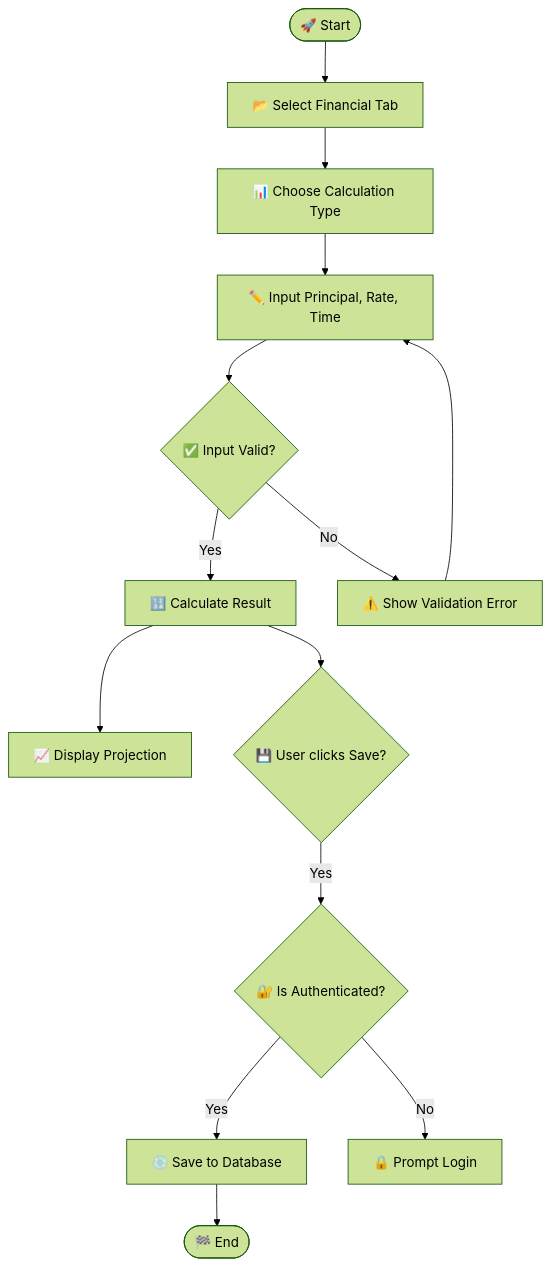
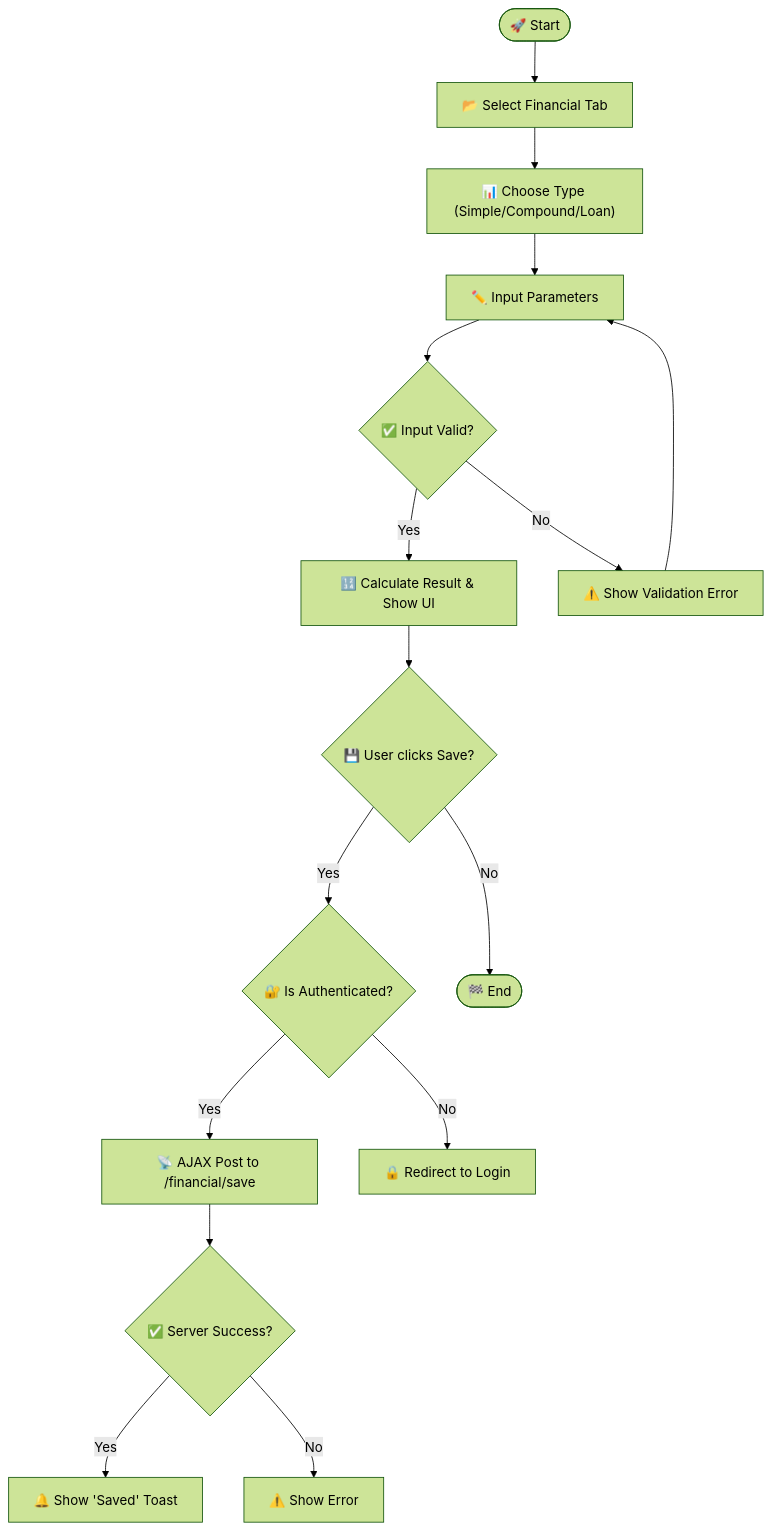
The second of 4 diagrams in README.md (falcon-ioi/Caclcon), drawn with Mermaid (forest theme) before and after one commit. The commit also changed other lines of this file, not shown here.

Commit message:
Docs: Update UML diagrams (Use Case, Activity, Sequence, ERD) to match system implementation

````diff
--- a/README.md
+++ b/README.md
@@ -107,19 +113,22 @@
 ```mermaid
 flowchart TD
     A(["🚀 Start"]) --> B["📂 Select Financial Tab"]
-    B --> C["📊 Choose Calculation Type"]
-    C --> D["✏️ Input Principal, Rate, Time"]
+    B --> C["📊 Choose Type (Simple/Compound/Loan)"]
+    C --> D["✏️ Input Parameters"]
     D --> E{"✅ Input Valid?"}
     
-    E -->|Yes| F["🔢 Calculate Result"]
-    F --> G["📈 Display Projection"]
-    F --> H{"💾 User clicks Save?"}
+    E -->|Yes| F["🔢 Calculate Result & Show UI"]
+    F --> G{"💾 User clicks Save?"}
     
-    H -->|Yes| I{"🔐 Is Authenticated?"}
-    I -->|Yes| J["💿 Save to Database"]
-    I -->|No| K["🔒 Prompt Login"]
+    G -->|Yes| H{"🔐 Is Authenticated?"}
+    H -->|Yes| I["📡 AJAX Post to /financial/save"]
+    I --> J{"✅ Server Success?"}
+    J -->|Yes| K["🔔 Show 'Saved' Toast"]
+    J -->|No| L["⚠️ Show Error"]
     
-    J --> L(["🏁 End"])
-    E -->|No| M["⚠️ Show Validation Error"]
-    M --> D
+    H -->|No| M["🔒 Redirect to Login"]
+    
+    G -->|No| N(["🏁 End"])
+    E -->|No| O["⚠️ Show Validation Error"]
+    O --> D
 ```
````
